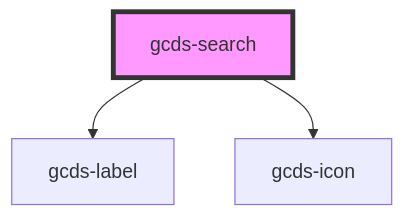
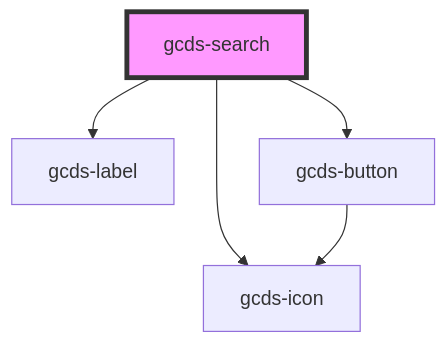
Before and after one commit to cds-snc/gcds-components: the diagram in packages/web/src/components/gcds-search/readme.md, drawn with Mermaid. The commit also changed other lines of this file and 6 other files, not shown here.

````diff
--- a/packages/web/src/components/gcds-search/readme.md
+++ b/packages/web/src/components/gcds-search/readme.md
@@ -36,6 +39,8 @@
 ```mermaid
 graph TD;
   gcds-search --> gcds-label
+  gcds-search --> gcds-button
   gcds-search --> gcds-icon
+  gcds-button --> gcds-icon
   style gcds-search fill:#f9f,stroke:#333,stroke-width:4px
 ```
````
